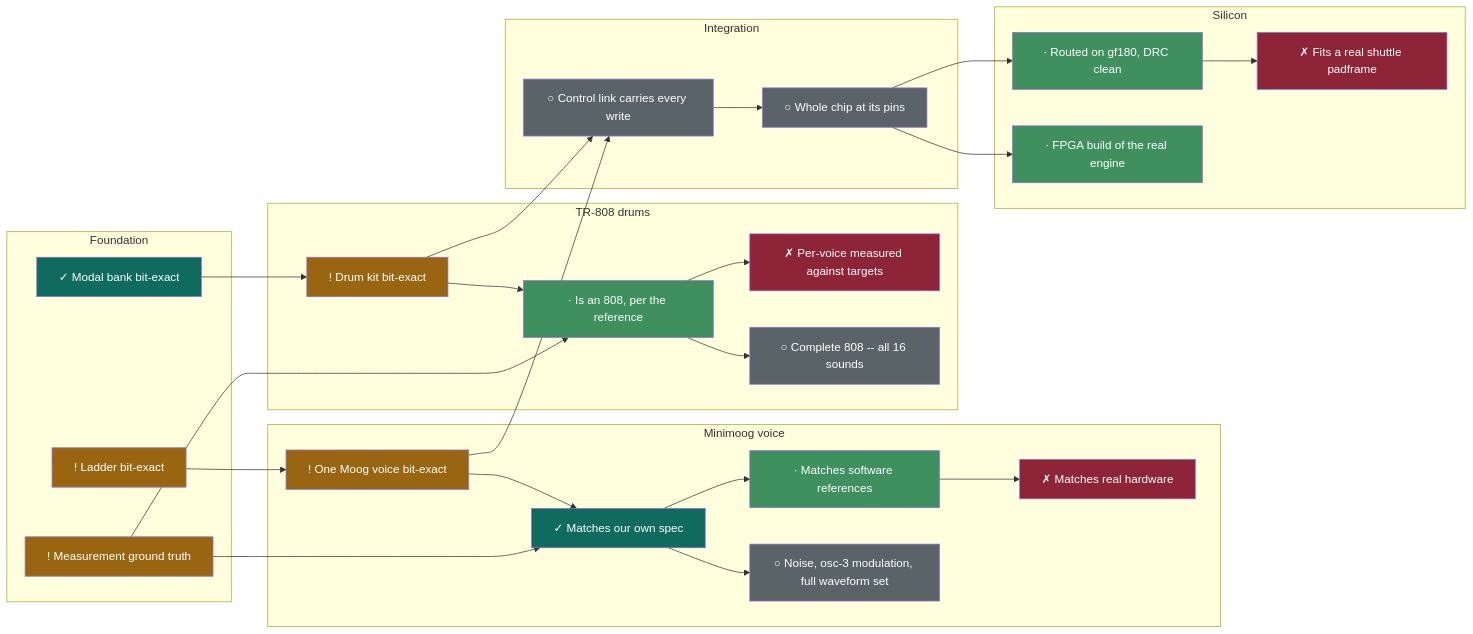
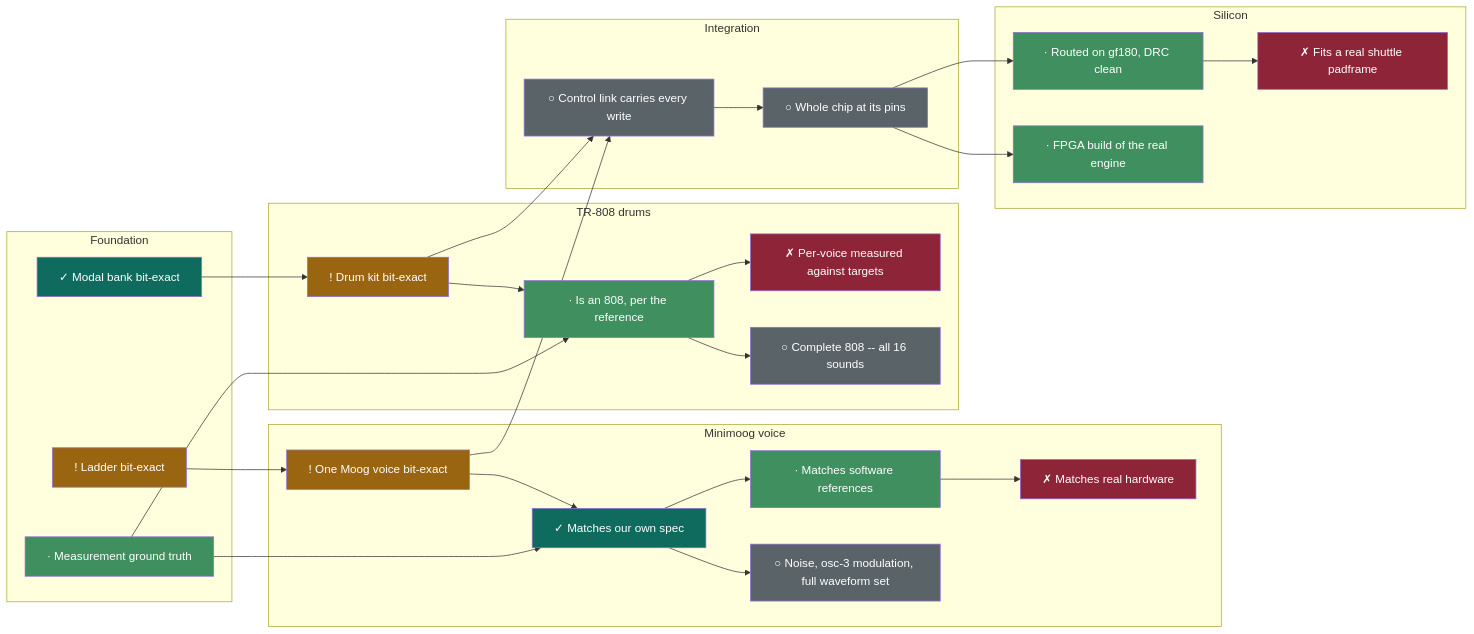
Before and after one commit to 2AMLogic/gf180-monosynth: the diagram in README.md, drawn with Mermaid. The commit also changed other lines of this file and 4 other files, not shown here.

````diff
--- a/README.md
+++ b/README.md
@@ -30,64 +30,64 @@
 ```mermaid
 graph LR
   subgraph foundation["Foundation"]
     F1["! Ladder bit-exact"]
     F2["✓ Modal bank bit-exact"]
-    F3["! Measurement ground truth"]
+    F3["· Measurement ground truth"]
   end
   subgraph minimoog["Minimoog voice"]
     M1["! One Moog voice bit-exact"]
     M2["✓ Matches our own spec"]
     M3["· Matches software references"]
     M4["✗ Matches real hardware"]
     M5["○ Noise, osc-3 modulation, full waveform set"]
   end
   subgraph drums["TR-808 drums"]
     D1["! Drum kit bit-exact"]
     D2["· Is an 808, per the reference"]
     D3["✗ Per-voice measured against targets"]
     D4["○ Complete 808 -- all 16 sounds"]
   end
   subgraph integration["Integration"]
     I1["○ Control link carries every write"]
     I2["○ Whole chip at its pins"]
   end
   subgraph silicon["Silicon"]
     S1["· Routed on gf180, DRC clean"]
     S2["✗ Fits a real shuttle padframe"]
     S3["· FPGA build of the real engine"]
   end
   F1 --> M1
   M1 --> M2
   F3 --> M2
   M2 --> M3
   M3 --> M4
   M2 --> M5
   F2 --> D1
   D1 --> D2
   F3 --> D2
   D2 --> D3
   D2 --> D4
   M1 --> I1
   D1 --> I1
   I1 --> I2
   I2 --> S1
   S1 --> S2
   I2 --> S3
   style F1 fill:#9A6510,color:#fff
   style F2 fill:#0E6B5E,color:#fff
-  style F3 fill:#9A6510,color:#fff
+  style F3 fill:#3f8f5f,color:#fff
   style M1 fill:#9A6510,color:#fff
   style M2 fill:#0E6B5E,color:#fff
   style M3 fill:#3f8f5f,color:#fff
   style M4 fill:#8E2438,color:#fff
   style M5 fill:#5a6468,color:#fff
   style D1 fill:#9A6510,color:#fff
   style D2 fill:#3f8f5f,color:#fff
   style D3 fill:#8E2438,color:#fff
   style D4 fill:#5a6468,color:#fff
   style I1 fill:#5a6468,color:#fff
   style I2 fill:#5a6468,color:#fff
   style S1 fill:#3f8f5f,color:#fff
   style S2 fill:#8E2438,color:#fff
   style S3 fill:#3f8f5f,color:#fff
 ```
````
